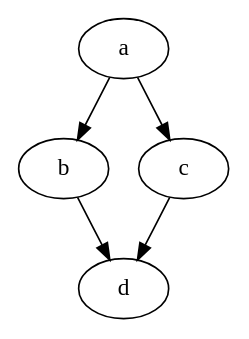
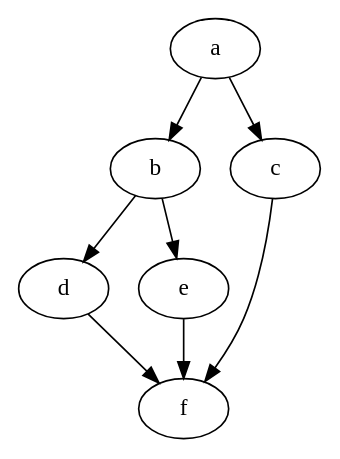
One commit to MKTPR/DFS-TaskScheduler changed the diagram in 306P1/digraph.dot. Above: the diagram before and after it, drawn with Graphviz. The commit also changed 4 other files, not shown here.

```diff
--- a/306P1/digraph.dot
+++ b/306P1/digraph.dot
@@ -1,10 +1,15 @@
 digraph  example {
-a[ Weight =2];
-b[ Weight =20];
-a -> b  [Weight =3];
-c[ Weight =20];
-a -> c[ Weight =1];
-d[ Weight =3];
-c -> d[ Weight =15];
-b -> d[ Weight =1];
+a[ Weight =1];
+b[ Weight =2];
+a -> b  [Weight =6];
+c[ Weight =10];
+a -> c[ Weight =5];
+d[ Weight =2];
+b -> d[ Weight =4];
+b -> e[ Weight =4];
+c -> f[ Weight =1];
+d -> f[ Weight =3];
+e -> f[ Weight =2];
+e[ Weight = 3];
+f[ Weight = 1];
 }
```
